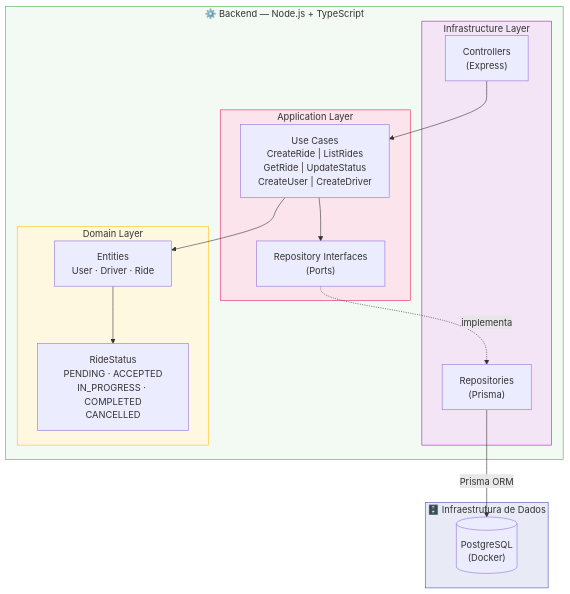
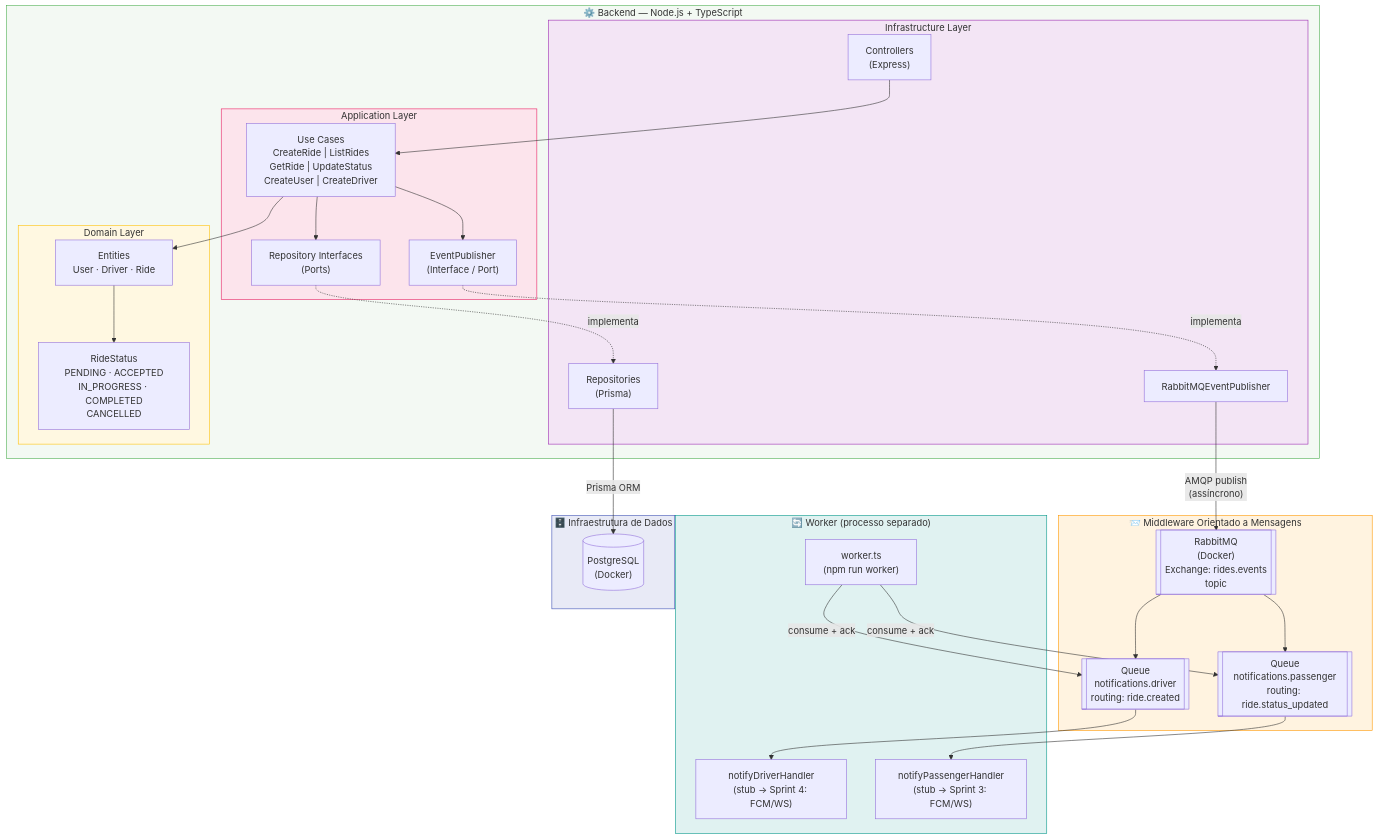
The diagram in architecture/diagram.md (thiagobranc0/damd-agendamento-transporte), drawn with Mermaid before and after one commit. The commit also changed other lines of this file and 3 other files, not shown here.

````diff
--- a/architecture/diagram.md
+++ b/architecture/diagram.md
@@ -5,34 +5,61 @@
 ```mermaid
 graph TB
     subgraph Backend ["⚙️ Backend — Node.js + TypeScript"]
         subgraph Infrastructure ["Infrastructure Layer"]
             Controllers["Controllers\n(Express)"]
             PrismaRepos["Repositories\n(Prisma)"]
+            Publisher["RabbitMQEventPublisher"]
         end
         subgraph Application ["Application Layer"]
             UseCases["Use Cases\nCreateRide | ListRides\nGetRide | UpdateStatus\nCreateUser | CreateDriver"]
             RepoInterfaces["Repository Interfaces\n(Ports)"]
+            EventPublisher["EventPublisher\n(Interface / Port)"]
         end
         subgraph Domain ["Domain Layer"]
             Entities["Entities\nUser · Driver · Ride"]
             RideStatus["RideStatus\nPENDING · ACCEPTED\nIN_PROGRESS · COMPLETED\nCANCELLED"]
         end
+    end
+
+    subgraph MOM ["📨 Middleware Orientado a Mensagens"]
+        RabbitMQ[["RabbitMQ\n(Docker)\nExchange: rides.events\ntopic"]]
+        QueueDriver[["Queue\nnotifications.driver\nrouting: ride.created"]]
+        QueuePassenger[["Queue\nnotifications.passenger\nrouting: ride.status_updated"]]
+    end
+
+    subgraph Worker ["🔄 Worker (processo separado)"]
+        WorkerProc["worker.ts\n(npm run worker)"]
+        HandlerDriver["notifyDriverHandler\n(stub → Sprint 4: FCM/WS)"]
+        HandlerPassenger["notifyPassengerHandler\n(stub → Sprint 3: FCM/WS)"]
     end
 
     subgraph DB ["🗄️ Infraestrutura de Dados"]
         Postgres[("PostgreSQL\n(Docker)")]
     end
 
     Controllers --> UseCases
     UseCases --> RepoInterfaces
     RepoInterfaces -.->|"implementa"| PrismaRepos
+    UseCases --> EventPublisher
+    EventPublisher -.->|"implementa"| Publisher
     UseCases --> Entities
     Entities --> RideStatus
     PrismaRepos -- "Prisma ORM" --> Postgres
+
+    Publisher -- "AMQP publish\n(assíncrono)" --> RabbitMQ
+    RabbitMQ --> QueueDriver
+    RabbitMQ --> QueuePassenger
+
+    WorkerProc -- "consume + ack" --> QueueDriver
+    WorkerProc -- "consume + ack" --> QueuePassenger
+    QueueDriver --> HandlerDriver
+    QueuePassenger --> HandlerPassenger
 
     style Backend fill:#f3f9f3,stroke:#4CAF50
     style Domain fill:#fff8e1,stroke:#FFC107
     style Application fill:#fce4ec,stroke:#E91E63
     style Infrastructure fill:#f3e5f5,stroke:#9C27B0
     style DB fill:#e8eaf6,stroke:#3F51B5
+    style MOM fill:#fff3e0,stroke:#FF9800
+    style Worker fill:#e0f2f1,stroke:#009688
 ```
````
